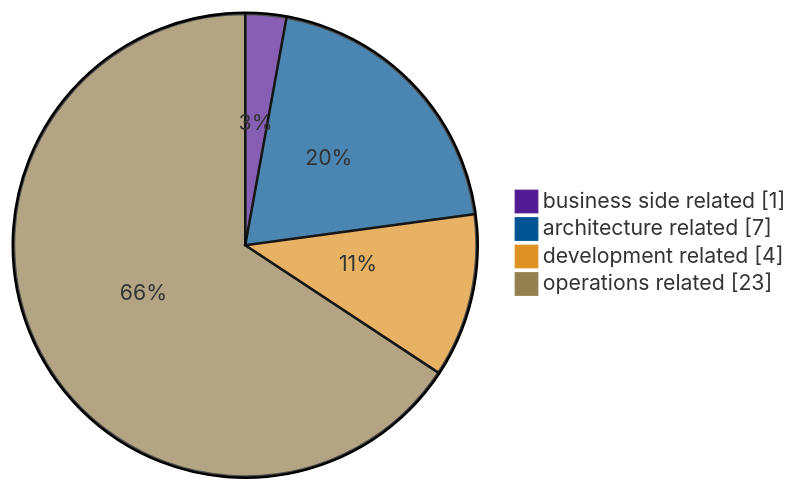
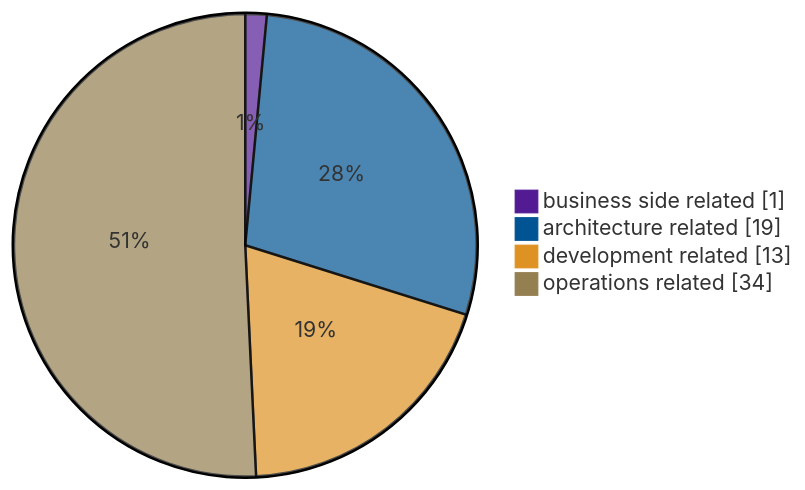
The second of 2 diagrams in threagile/output/stride/adocReport/030_RiskMitigationStatus.adoc (Luv1881/Threat-model), drawn with Mermaid before and after one commit. The commit also changed other lines of this file and 312 other files, not shown here.

```diff
--- a/threagile/output/stride/adocReport/030_RiskMitigationStatus.adoc
+++ b/threagile/output/stride/adocReport/030_RiskMitigationStatus.adoc
@@ -87,9 +87,9 @@
 [mermaid]
 ....
 %%{init: {'pie' : {'textPosition' : 0.5}, 'theme': 'base', 'themeVariables': { 'pie1': '#531B93', 'pie2': '#005493', 'pie3': '#DE9223', 'pie4': '#947F50'}}}%%
 pie showData
   "business side related" : 1
-  "architecture related" : 7
-  "development related" : 4
-  "operations related" : 23
+  "architecture related" : 19
+  "development related" : 13
+  "operations related" : 34
 ....
```
